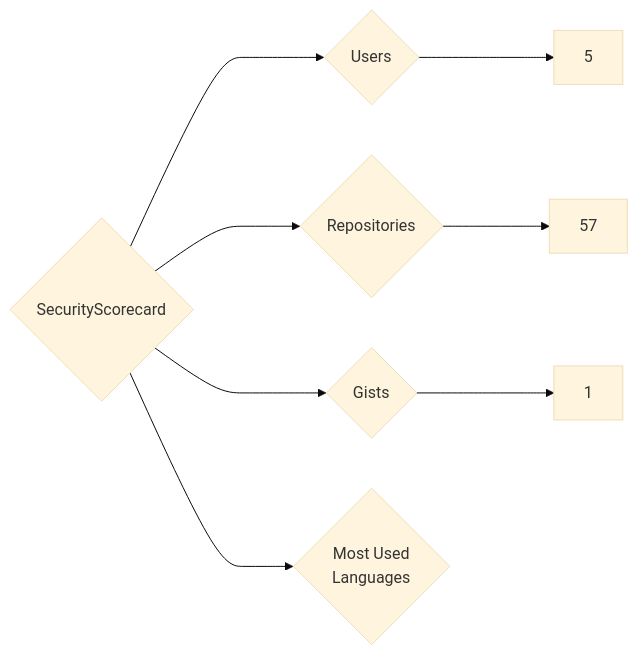
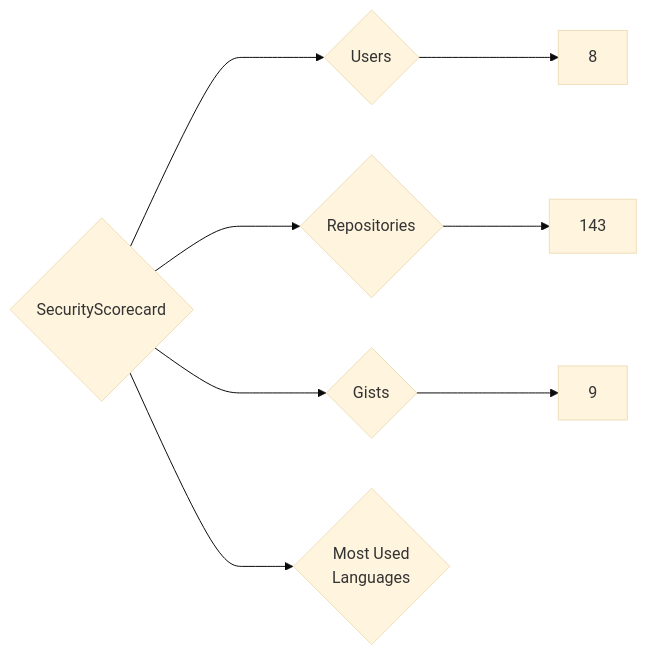
Before and after one commit to nenadzaric/insiders: the diagram in targets/SecurityScorecard/README.md, drawn with Mermaid (base theme). The commit also changed 1342 other files, not shown here.

````diff
--- a/targets/SecurityScorecard/README.md
+++ b/targets/SecurityScorecard/README.md
@@ -3,8 +3,8 @@
 ```mermaid
 graph LR
 COMPANY_NAME{SecurityScorecard}
-COMPANY_NAME ---> U{Users} ---> UN[5]
-COMPANY_NAME ---> R{Repositories} ---> RN[57]
-COMPANY_NAME ---> G{Gists} ---> GN[1]
+COMPANY_NAME ---> U{Users} ---> UN[8]
+COMPANY_NAME ---> R{Repositories} ---> RN[143]
+COMPANY_NAME ---> G{Gists} ---> GN[9]
 COMPANY_NAME ---> ML{Most Used<br>Languages}
 ```
````
